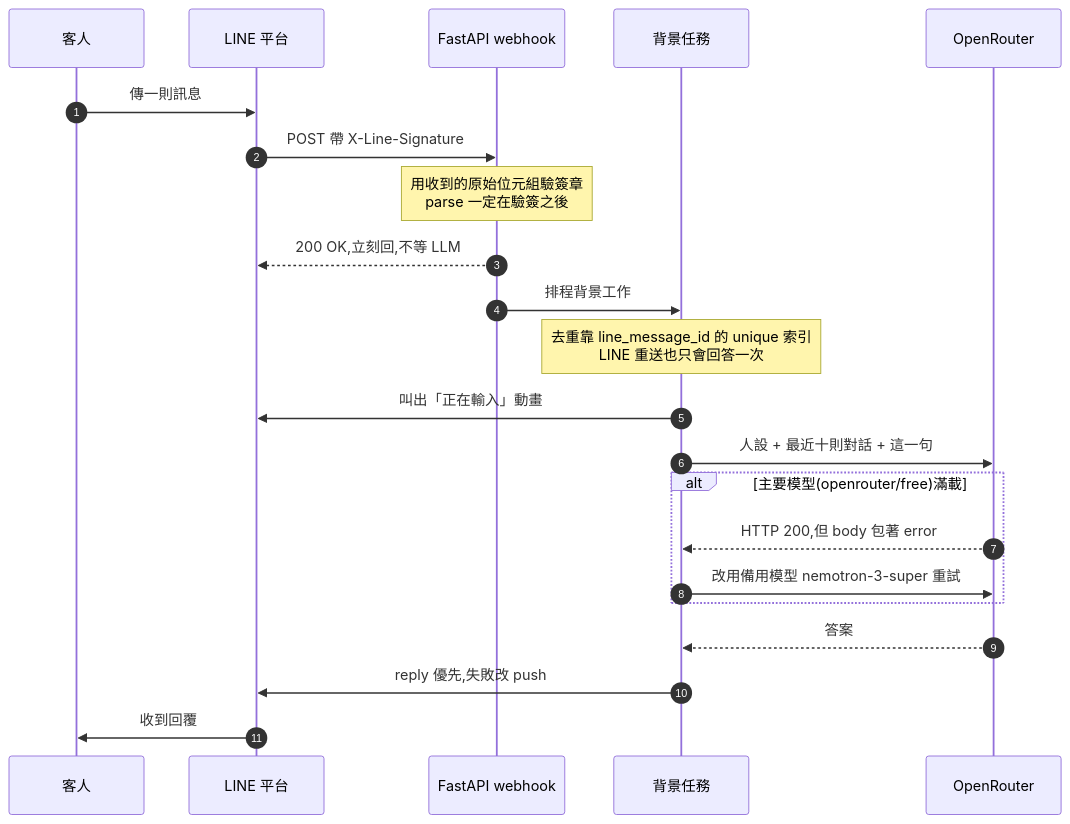
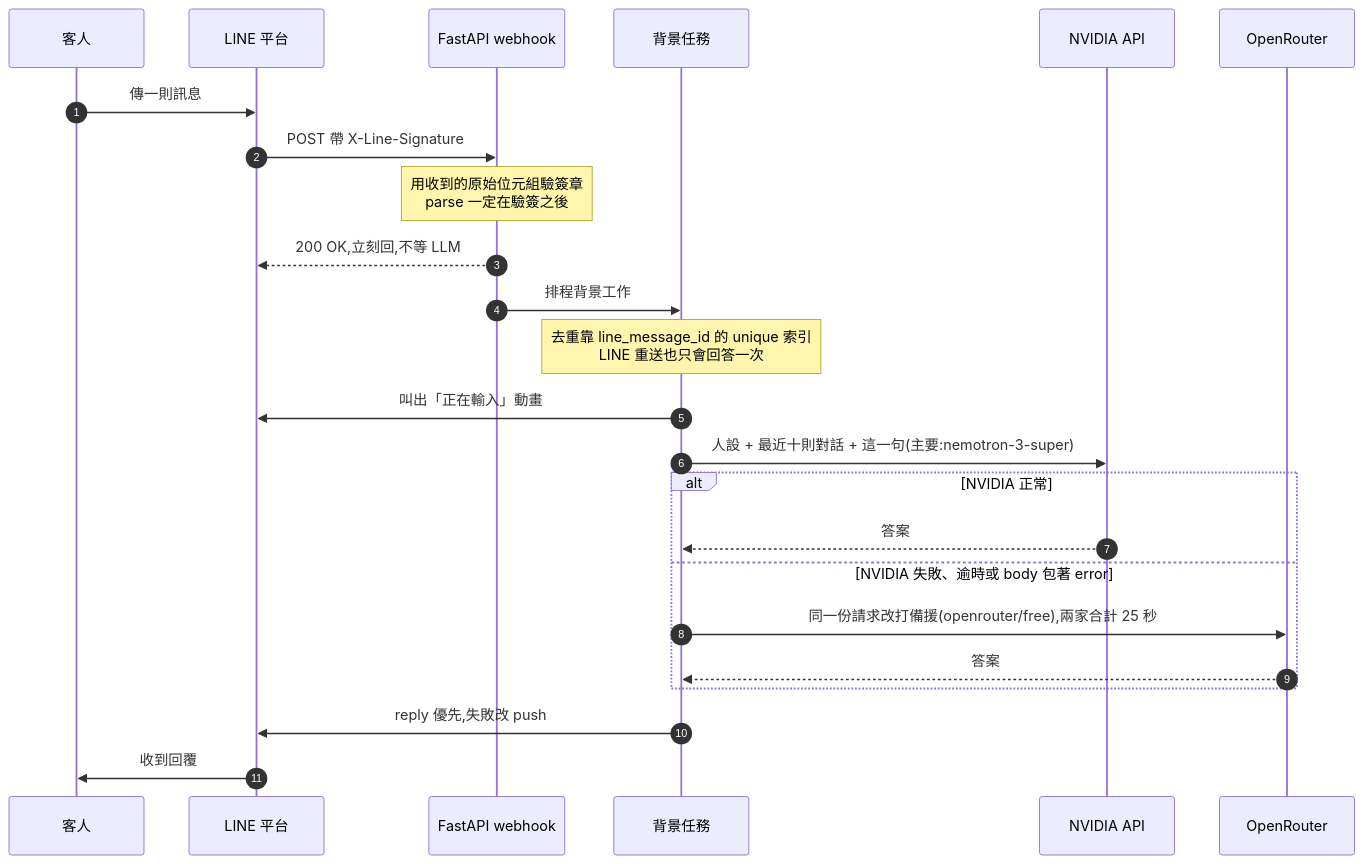
Before and after one commit to inform199751-crypto/universal-ai-helpdesk: the second of 2 diagrams in README.md, drawn with Mermaid. The commit also changed other lines of this file and 1 other file, not shown here.

Commit message:
docs: 寫進 NVIDIA 實測結果與新的上游順序,數字同步
report 第七節第 10 點補上「同一顆模型,換個供應商就不一樣了」與三顆
NVIDIA 模型的 10 題對照表;第 1 點、架構圖、限制 4、下一步 2 改成現況。
README 的流程圖改成 NVIDIA 主 / OpenRouter 備援,狀態補上實測數字。
數字改成 284 個測試(283 通過、1 跳過)、測試碼 3,634 行 / 正式碼 2,131 行。

````diff
--- a/README.md
+++ b/README.md
@@ -40,25 +40,27 @@
 ```mermaid
 sequenceDiagram
     autonumber
     participant C as 客人
     participant L as LINE 平台
     participant W as FastAPI webhook
     participant B as 背景任務
+    participant N as NVIDIA API
     participant O as OpenRouter
 
     C->>L: 傳一則訊息
     L->>W: POST 帶 X-Line-Signature
     Note over W: 用收到的原始位元組驗簽章<br/>parse 一定在驗簽之後
     W-->>L: 200 OK,立刻回,不等 LLM
     W->>B: 排程背景工作
     Note over B: 去重靠 line_message_id 的 unique 索引<br/>LINE 重送也只會回答一次
     B->>L: 叫出「正在輸入」動畫
-    B->>O: 人設 + 最近十則對話 + 這一句
-    alt 主要模型(openrouter/free)滿載
-        O-->>B: HTTP 200,但 body 包著 error
-        B->>O: 改用備用模型 nemotron-3-super 重試
+    B->>N: 人設 + 最近十則對話 + 這一句(主要:nemotron-3-super)
+    alt NVIDIA 正常
+        N-->>B: 答案
+    else NVIDIA 失敗、逾時或 body 包著 error
+        B->>O: 同一份請求改打備援(openrouter/free),兩家合計 25 秒
+        O-->>B: 答案
     end
-    O-->>B: 答案
     B->>L: reply 優先,失敗改 push
     L->>C: 收到回覆
 ```
````
